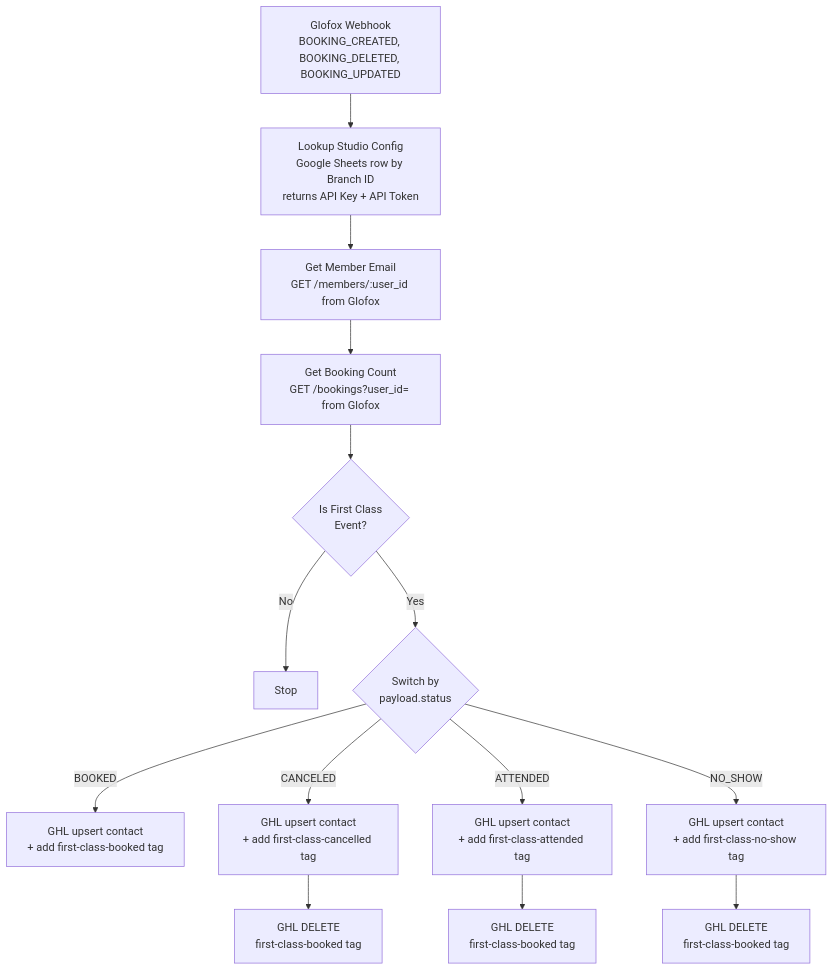
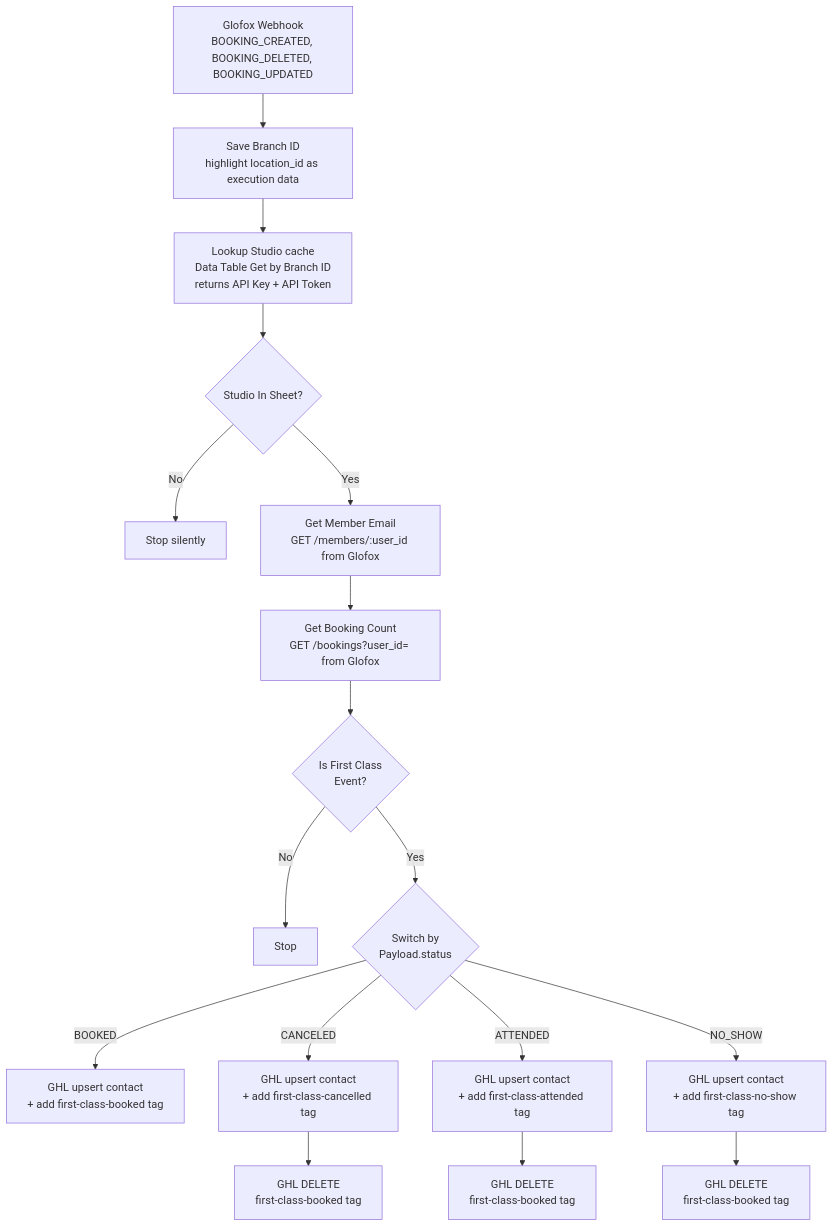
The diagram in glofox-first-class/OVERVIEW.md (SocialFitnessManchester/n8n-automations), drawn with Mermaid before and after one commit. The commit also changed other lines of this file and 4 other files, not shown here.

First line of the commit message:
Refresh OVERVIEW docs for the Data Table cache architecture (#19)

````diff
--- a/glofox-first-class/OVERVIEW.md
+++ b/glofox-first-class/OVERVIEW.md
@@ -64,16 +73,19 @@
 ```mermaid
 flowchart TD
-    A[Glofox Webhook<br/>BOOKING_CREATED, BOOKING_DELETED, BOOKING_UPDATED] --> B[Lookup Studio Config<br/>Google Sheets row by Branch ID<br/>returns API Key + API Token]
-    B --> C[Get Member Email<br/>GET /members/:user_id from Glofox]
+    A[Glofox Webhook<br/>BOOKING_CREATED, BOOKING_DELETED, BOOKING_UPDATED] --> A2[Save Branch ID<br/>highlight location_id as execution data]
+    A2 --> B[Lookup Studio cache<br/>Data Table Get by Branch ID<br/>returns API Key + API Token]
+    B --> B2{Studio In Sheet?}
+    B2 -->|No| Z2[Stop silently]
+    B2 -->|Yes| C[Get Member Email<br/>GET /members/:user_id from Glofox]
     C --> D[Get Booking Count<br/>GET /bookings?user_id= from Glofox]
     D --> E{Is First Class<br/>Event?}
     E -->|No| Z[Stop]
-    E -->|Yes| F{Switch by<br/>payload.status}
+    E -->|Yes| F{Switch by<br/>Payload.status}
     F -->|BOOKED| G[GHL upsert contact<br/>+ add first-class-booked tag]
     F -->|CANCELED| H[GHL upsert contact<br/>+ add first-class-cancelled tag]
     H --> I[GHL DELETE<br/>first-class-booked tag]
     F -->|ATTENDED| J[GHL upsert contact<br/>+ add first-class-attended tag]
     J --> J2[GHL DELETE<br/>first-class-booked tag]
     F -->|NO_SHOW| K[GHL upsert contact<br/>+ add first-class-no-show tag]
     K --> K2[GHL DELETE<br/>first-class-booked tag]
 ```
````
